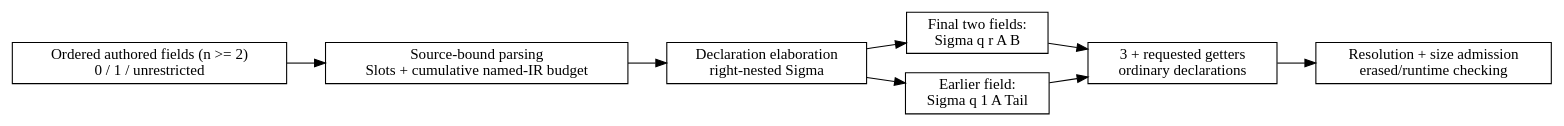
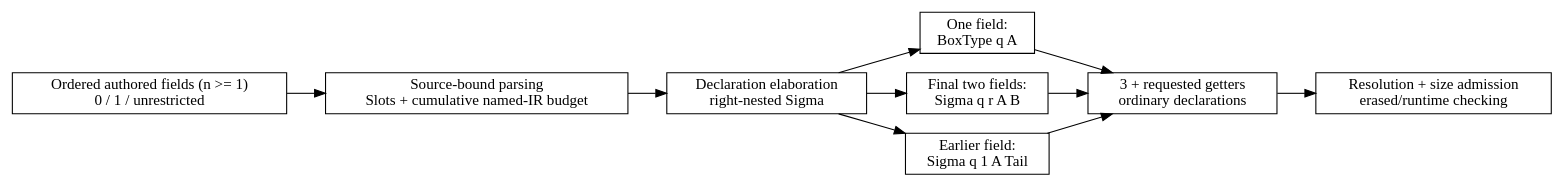
Before and after one commit to odunboye/fibril: the diagram in docs/diagrams/record-telescopes.dot, drawn with Graphviz. The commit also changed 38 other files, not shown here.

```diff
--- a/docs/diagrams/record-telescopes.dot
+++ b/docs/diagrams/record-telescopes.dot
@@ -1,17 +1,20 @@
 digraph RecordTelescopes {
   rankdir=LR;
   node [shape=box];
-  authored [label="Ordered authored fields (n >= 2)\n0 / 1 / unrestricted"];
+  authored [label="Ordered authored fields (n >= 1)\n0 / 1 / unrestricted"];
   admission [label="Source-bound parsing\nSlots + cumulative named-IR budget"];
   lowering [label="Declaration elaboration\nright-nested Sigma"];
+  one [label="One field:\nBoxType q A"];
   two [label="Final two fields:\nSigma q r A B"];
   tail [label="Earlier field:\nSigma q 1 A Tail"];
   generated [label="3 + requested getters\nordinary declarations"];
   checker [label="Resolution + size admission\nerased/runtime checking"];
   authored -> admission -> lowering;
+  lowering -> one;
+  one -> generated;
   lowering -> two;
   lowering -> tail;
   two -> generated;
   tail -> generated;
   generated -> checker;
 }
```
